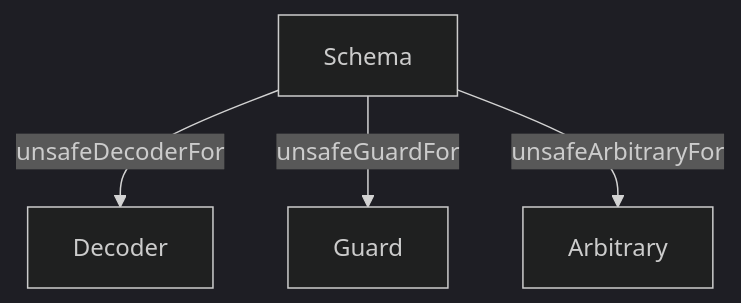
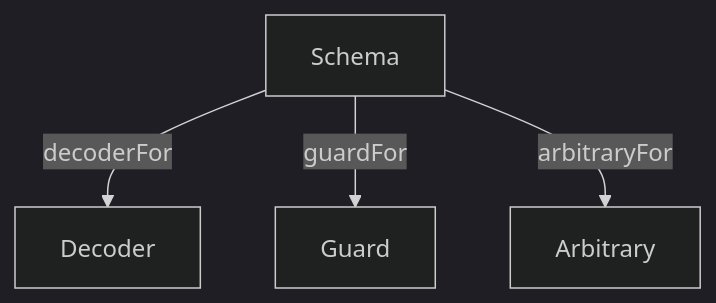
One commit to Effect-TS/schema changed the diagram in README.md. Above: the diagram before and after it, drawn with Mermaid (dark theme). The commit also changed other lines of this file and 23 other files, not shown here.

````diff
--- a/README.md
+++ b/README.md
@@ -17,6 +17,6 @@
 ```mermaid
 flowchart TD
-  Schema -->|unsafeDecoderFor| Decoder
-  Schema -->|unsafeGuardFor| Guard
-  Schema -->|unsafeArbitraryFor| Arbitrary
+  Schema -->|decoderFor| Decoder
+  Schema -->|guardFor| Guard
+  Schema -->|arbitraryFor| Arbitrary
 ```
````
